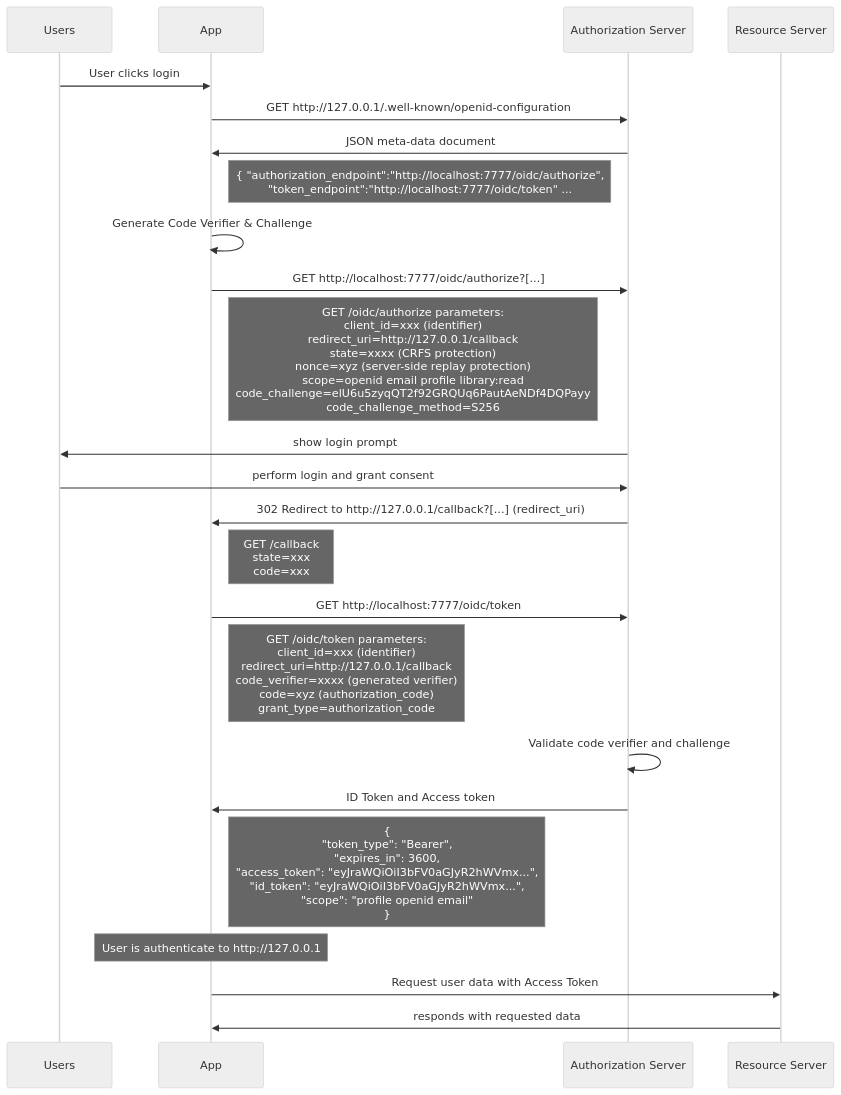
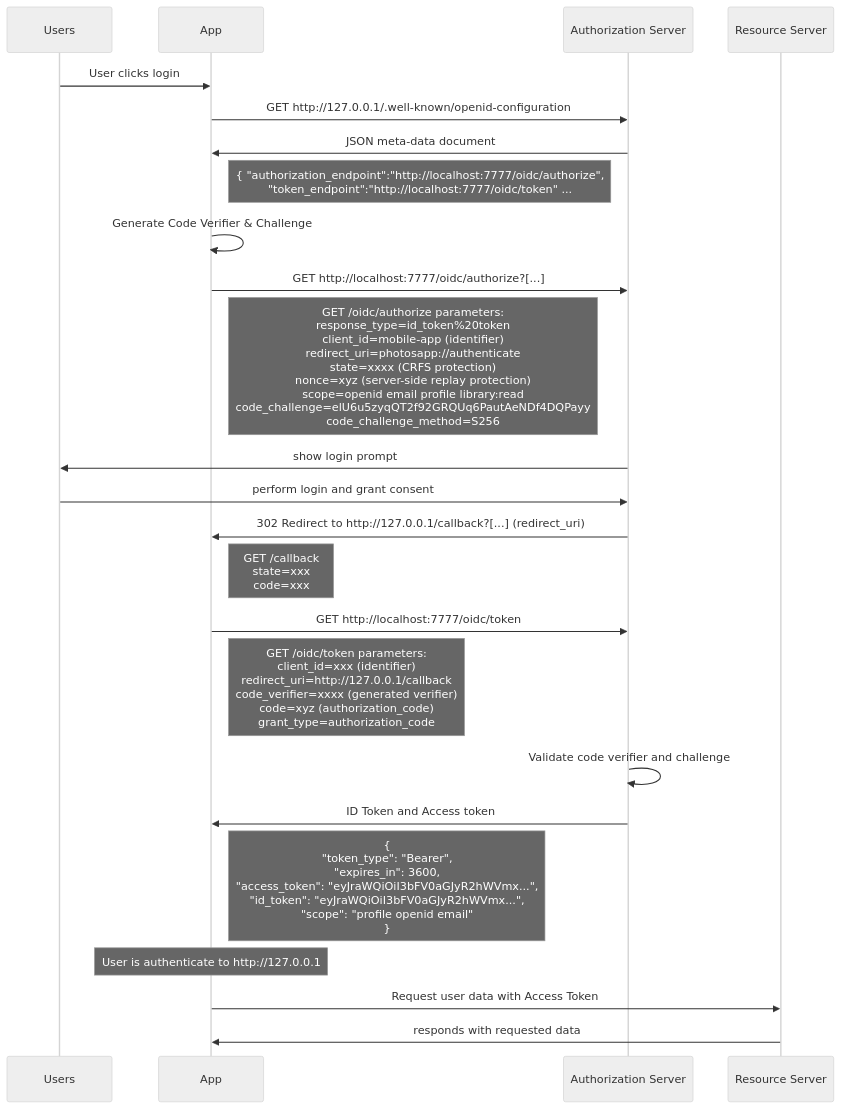
One commit to photos-network/core changed the diagram in crates/authentication/README.md. Above: the diagram before and after it, drawn with Mermaid (neutral theme). The commit also changed 9 other files, not shown here.

````diff
--- a/crates/authentication/README.md
+++ b/crates/authentication/README.md
@@ -17,35 +17,40 @@
 ```mermaid
 sequenceDiagram;
     participant U as Users
     participant A as App
     participant AM as Authorization Server
     participant R as Resource Server
     
     U->>A: User clicks login
     A->>AM: GET http://127.0.0.1/.well-known/openid-configuration
+
     AM->>A: JSON meta-data document
     Note right of A: { "authorization_endpoint":"http://localhost:7777/oidc/authorize", <br> "token_endpoint":"http://localhost:7777/oidc/token" ...
+    
     A->>A: Generate Code Verifier & Challenge
+    
     A->>AM: GET http://localhost:7777/oidc/authorize?[...]
-    Note right of A: GET /oidc/authorize parameters: <br> client_id=xxx (identifier) <br> redirect_uri=http://127.0.0.1/callback <br> state=xxxx (CRFS protection) <br> nonce=xyz (server-side replay protection) <br> scope=openid email profile library:read <br> code_challenge=elU6u5zyqQT2f92GRQUq6PautAeNDf4DQPayy <br> code_challenge_method=S256
+    Note right of A: GET /oidc/authorize parameters: <br> response_type=id_token%20token <br> client_id=mobile-app (identifier) <br> redirect_uri=photosapp://authenticate <br> state=xxxx (CRFS protection) <br> nonce=xyz (server-side replay protection) <br> scope=openid email profile library:read <br> code_challenge=elU6u5zyqQT2f92GRQUq6PautAeNDf4DQPayy <br> code_challenge_method=S256
+    
     AM->>U: show login prompt
     U->>AM: perform login and grant consent
     AM->>A: 302 Redirect to http://127.0.0.1/callback?[...] (redirect_uri)
     Note right of A: GET /callback <br> state=xxx <br> code=xxx
+    
     A->>AM: GET http://localhost:7777/oidc/token
     Note right of A: GET /oidc/token parameters: <br> client_id=xxx (identifier) <br> redirect_uri=http://127.0.0.1/callback <br> code_verifier=xxxx (generated verifier) <br> code=xyz (authorization_code) <br> grant_type=authorization_code
     AM->>AM: Validate code verifier and challenge
     AM->>A: ID Token and Access token
     Note right of A: { <br> "token_type": "Bearer", <br> "expires_in":   3600, <br> "access_token": "eyJraWQiOiI3bFV0aGJyR2hWVmx...",<br> "id_token":     "eyJraWQiOiI3bFV0aGJyR2hWVmx...",<br> "scope":        "profile openid email" <br> }
 
     %% R->>A: return user attributes
     %% U->>O: GET http://127.0.0.1/callback?[...]
     %% O->>A: POST http://127.0.0.1:7777/oidc/token
     %% Note right of O: POST /oidc/token <br> client_id=xxx <br> grant_type=authorization_code <br> code=xxx <br> state=xxx
     %% A->>O: JSON { "base64(id_token)", access_token" }
     %% O->>O: verify id_token signature is valid and signed
     %% O->>U: GET 302 Redirect to http://127.0.0.1
     Note over A: User is authenticate to http://127.0.0.1
     A->>R: Request user data with Access Token
     R->>A: responds with requested data
 ```
````
